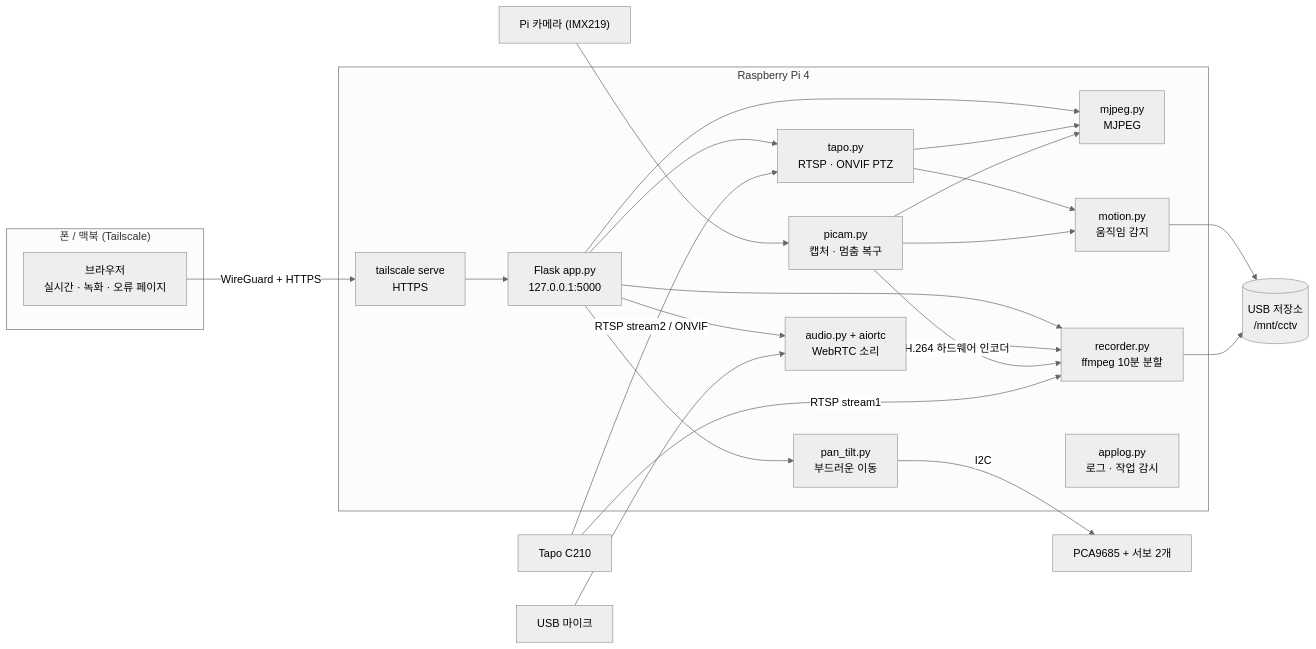
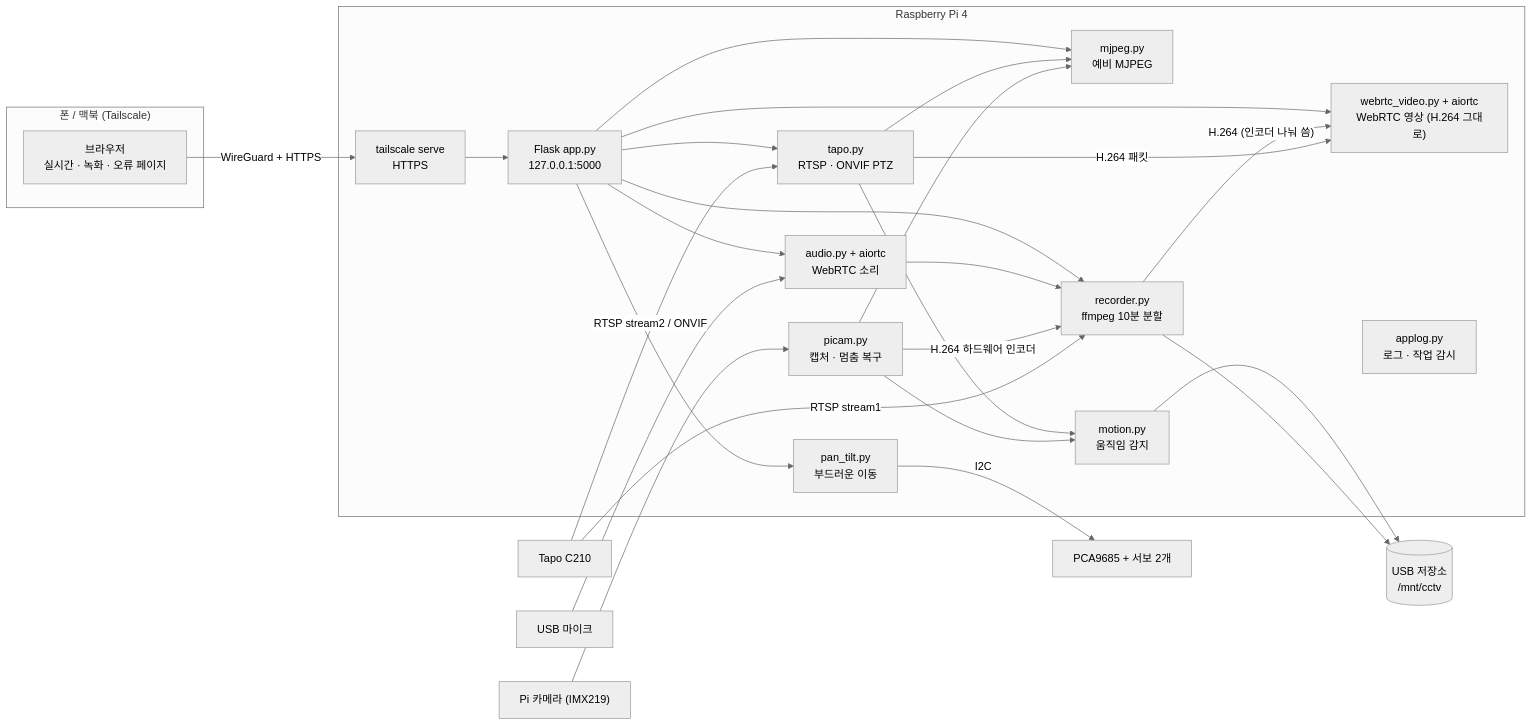
Before and after one commit to myungsanglee/Home-CCTV: the diagram in README.md, drawn with Mermaid (neutral theme). The commit also changed other lines of this file and 16 other files, not shown here.

First line of the commit message:
Stream live video over WebRTC as H.264 instead of MJPEG

````diff
--- a/README.md
+++ b/README.md
@@ -16,38 +16,41 @@
 ```mermaid
 flowchart LR
     subgraph Client["폰 / 맥북 (Tailscale)"]
         B["브라우저<br/>실시간 · 녹화 · 오류 페이지"]
     end
 
     subgraph Pi["Raspberry Pi 4"]
         TS["tailscale serve<br/>HTTPS"]
         F["Flask app.py<br/>127.0.0.1:5000"]
         PC["picam.py<br/>캡처 · 멈춤 복구"]
         TC["tapo.py<br/>RTSP · ONVIF PTZ"]
         PT["pan_tilt.py<br/>부드러운 이동"]
-        MJ["mjpeg.py<br/>MJPEG"]
+        WV["webrtc_video.py + aiortc<br/>WebRTC 영상 (H.264 그대로)"]
         AU["audio.py + aiortc<br/>WebRTC 소리"]
+        MJ["mjpeg.py<br/>예비 MJPEG"]
         MO["motion.py<br/>움직임 감지"]
         RE["recorder.py<br/>ffmpeg 10분 분할"]
         LG["applog.py<br/>로그 · 작업 감시"]
     end
 
     CAM["Pi 카메라 (IMX219)"] --> PC
     MIC["USB 마이크"] --> AU
     PT -- I2C --> SERVO["PCA9685 + 서보 2개"]
     TAPO["Tapo C210"] -- "RTSP stream2 / ONVIF" --> TC
     TAPO -- "RTSP stream1" --> RE
     USB[("USB 저장소<br/>/mnt/cctv")]
 
     B -- "WireGuard + HTTPS" --> TS
     TS --> F
+    TC -- "H.264 패킷" --> WV
+    RE -- "H.264 (인코더 나눠 씀)" --> WV
     PC --> MJ
     TC --> MJ
     PC --> MO
     TC --> MO
     PC -- "H.264 하드웨어 인코더" --> RE
     AU --> RE
     RE --> USB
     MO --> USB
-    F --> MJ & AU & PT & TC & RE
+    F --> WV & AU & MJ & PT & TC & RE
 ```
````
